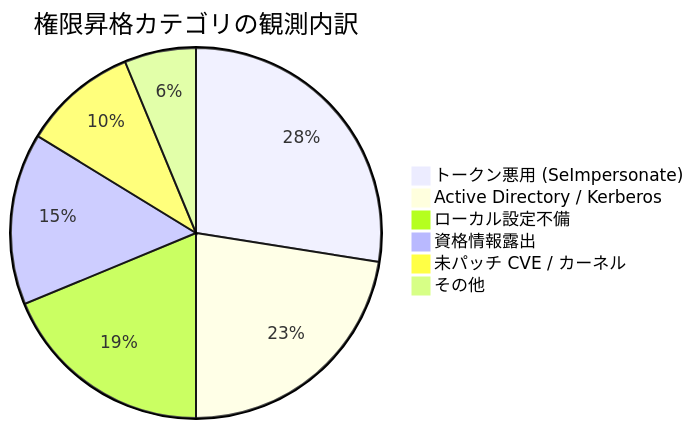
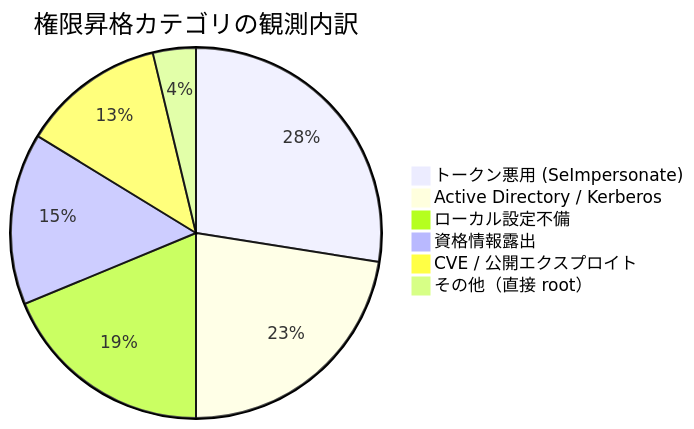
The second of 7 diagrams in _posts/2026-03-06-tech-windows-privesc-summary-ja.md (morimori-dev/morimori-dev.github.io), drawn with Mermaid before and after one commit. The commit also changed other lines of this file and 1 other file, not shown here.

````diff
--- a/_posts/2026-03-06-tech-windows-privesc-summary-ja.md
+++ b/_posts/2026-03-06-tech-windows-privesc-summary-ja.md
@@ -48,9 +50,9 @@
 ```mermaid
 pie title 権限昇格カテゴリの観測内訳
     "トークン悪用 (SeImpersonate)" : 22
     "Active Directory / Kerberos" : 18
     "ローカル設定不備" : 15
     "資格情報露出" : 12
-    "未パッチ CVE / カーネル" : 8
-    "その他" : 5
+    "CVE / 公開エクスプロイト" : 10
+    "その他（直接 root）" : 3
 ```
````
